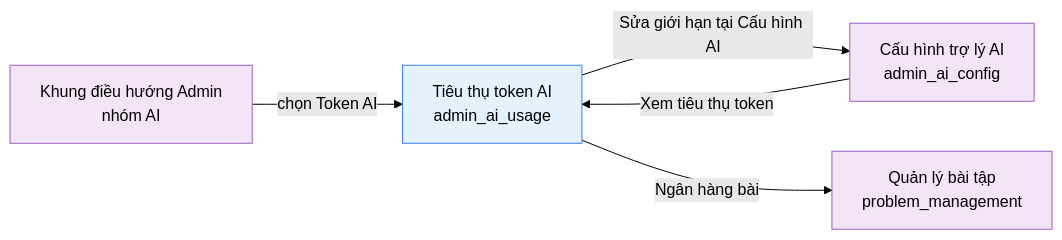
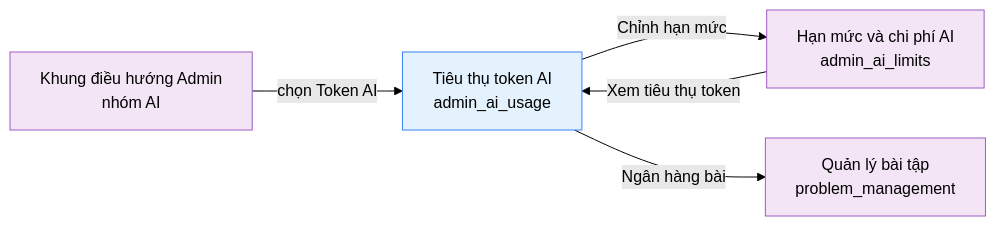
Before and after one commit to daiphu1801/PRJ_ALGOPREP: the diagram in 02-bd/screens/admin/ADM0302_ai_usage.md, drawn with Mermaid (forest theme). The commit also changed other lines of this file and 458 other files, not shown here.

First line of the commit message:
feat: admin AI limits and infra events, instructor class detail and submissions, docs sync

````diff
--- a/02-bd/screens/admin/ADM0302_ai_usage.md
+++ b/02-bd/screens/admin/ADM0302_ai_usage.md
@@ -127,13 +133,13 @@
 ```mermaid
 flowchart LR
     nav["Khung điều hướng Admin<br/>nhóm AI"] -->|"chọn Token AI"| main["Tiêu thụ token AI<br/>admin_ai_usage"]
-    config["Cấu hình trợ lý AI<br/>admin_ai_config"] -->|"Xem tiêu thụ token"| main
-    main -->|"Sửa giới hạn tại Cấu hình AI"| config
+    config["Hạn mức và chi phí AI<br/>admin_ai_limits"] -->|"Xem tiêu thụ token"| main
+    main -->|"Chỉnh hạn mức"| config
     main -->|"Ngân hàng bài"| problems["Quản lý bài tập<br/>problem_management"]
 
     classDef source fill:#F3E5F5,stroke:#9C5CC4,color:#000
     classDef screen fill:#E3F2FD,stroke:#3B82F6,color:#000
 
     class nav,config,problems source
     class main screen
 ```
````
